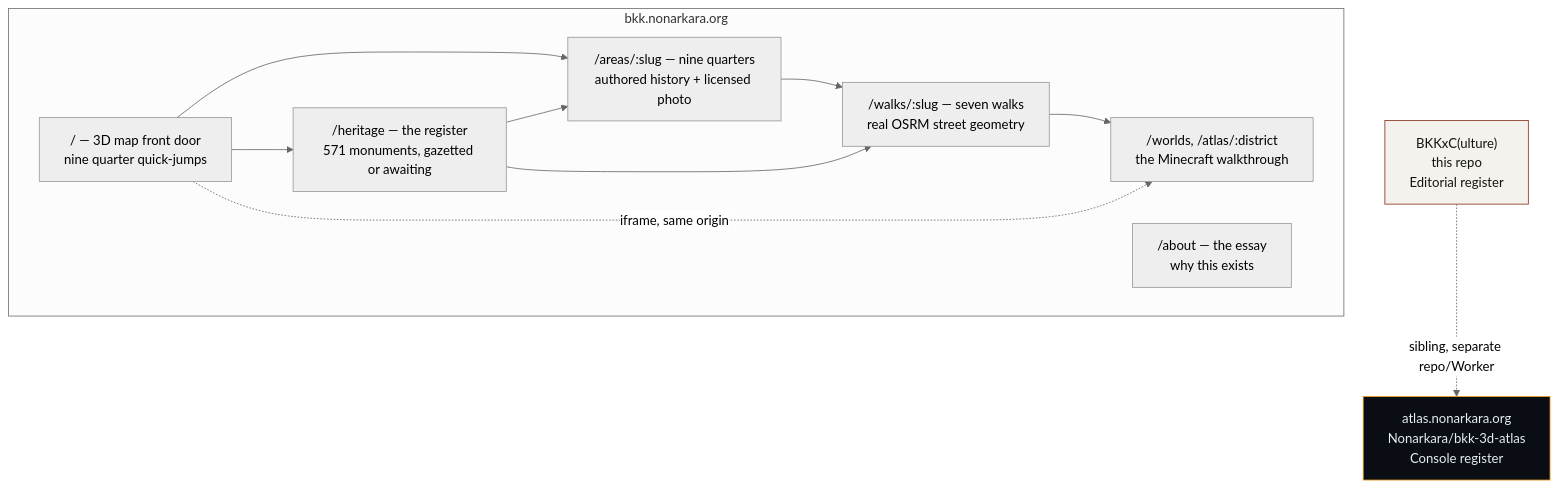
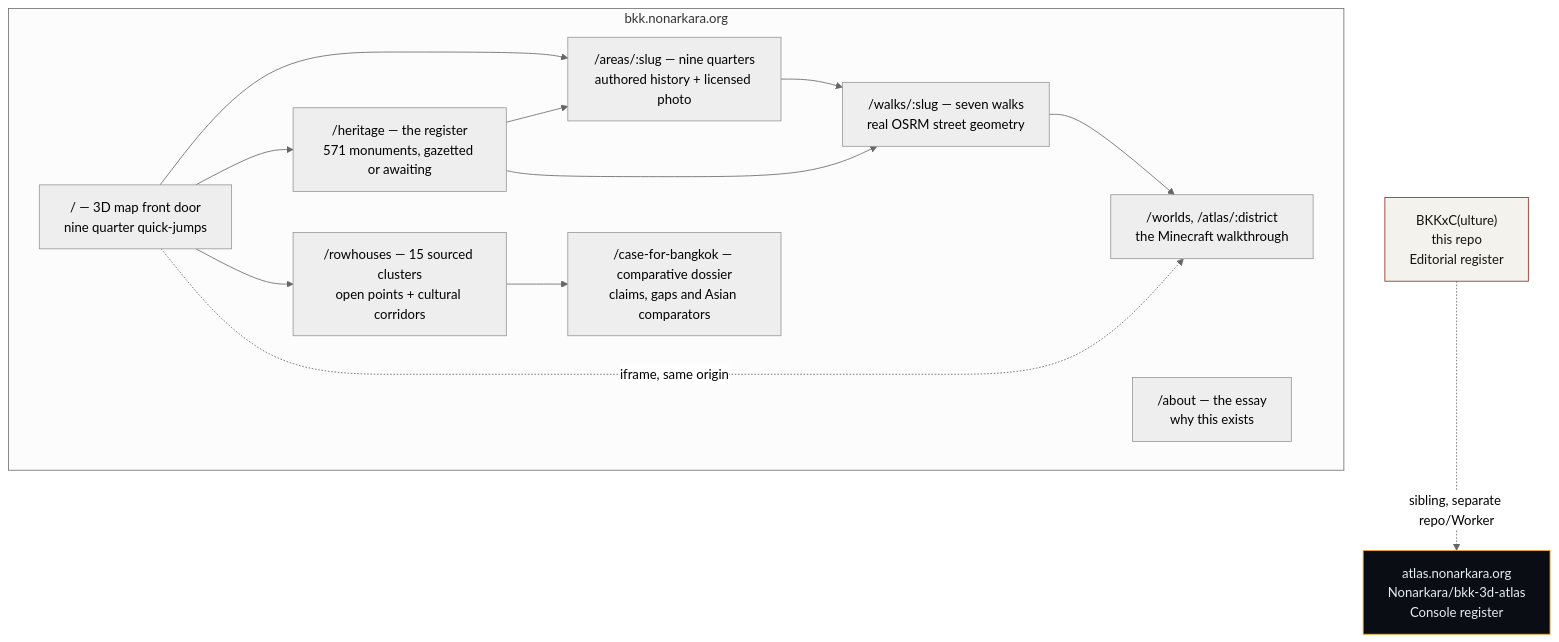
Before and after one commit to Nonarkara/BKKx: the diagram in README.md, drawn with Mermaid (neutral theme). The commit also changed other lines of this file and 13 other files, not shown here.

Commit message:
feat: map Bangkok rowhouse fabric and comparative case

````diff
--- a/README.md
+++ b/README.md
@@ -27,23 +28,27 @@
 ```mermaid
 graph TD
     subgraph bkk.nonarkara.org
         FrontDoor["/ — 3D map front door<br/>nine quarter quick-jumps"]
         Register["/heritage — the register<br/>571 monuments, gazetted or awaiting"]
         Areas["/areas/:slug — nine quarters<br/>authored history + licensed photo"]
         Walks["/walks/:slug — seven walks<br/>real OSRM street geometry"]
         About["/about — the essay<br/>why this exists"]
+        Rowhouses["/rowhouses — 15 sourced clusters<br/>open points + cultural corridors"]
+        Case["/case-for-bangkok — comparative dossier<br/>claims, gaps and Asian comparators"]
         Worlds["/worlds, /atlas/:district<br/>the Minecraft walkthrough"]
     end
     FrontDoor --> Areas
     FrontDoor --> Register
+    FrontDoor --> Rowhouses
     Register --> Areas
     Register --> Walks
     Areas --> Walks
     Walks --> Worlds
+    Rowhouses --> Case
     FrontDoor -.iframe, same origin.-> Worlds
 
     Culture["BKKxC(ulture)<br/>this repo<br/>Editorial register"] -.sibling, separate repo/Worker.-> Atlas["atlas.nonarkara.org<br/>Nonarkara/bkk-3d-atlas<br/>Console register"]
 
     style Culture fill:#f4f2ec,stroke:#8c2f23,color:#14140f
     style Atlas fill:#0a0e14,stroke:#f5a524,color:#e6edf3
 ```
````
